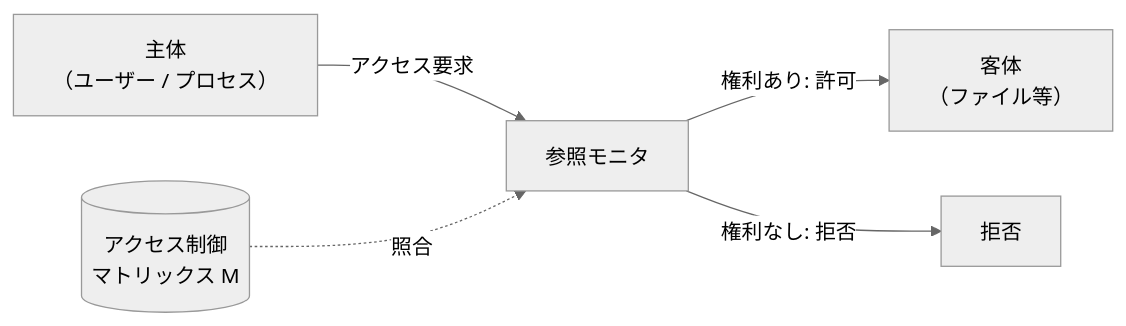
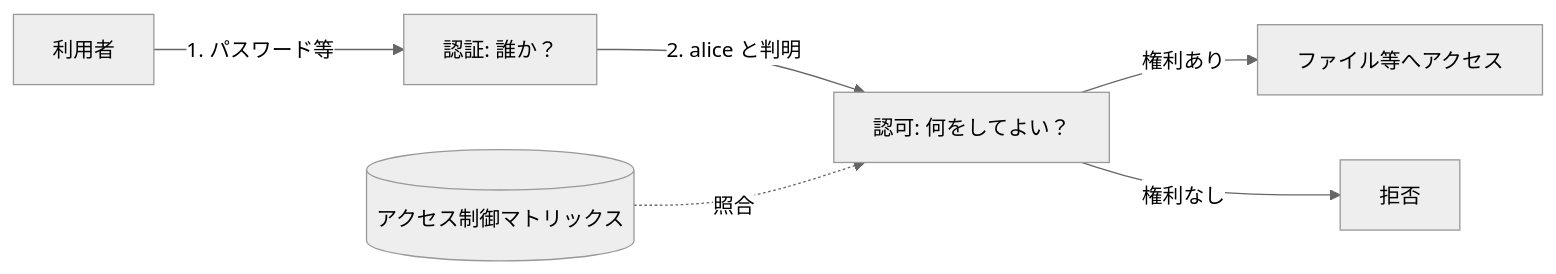
Before and after one commit to SomaTomita/sec-prep: the diagram in topics/06_systems-security/03_authn-authz-access-control.md, drawn with Mermaid (neutral theme). The commit also changed other lines of this file and 7 other files, not shown here.

````diff
--- a/topics/06_systems-security/03_authn-authz-access-control.md
+++ b/topics/06_systems-security/03_authn-authz-access-control.md
@@ -73,7 +25,8 @@
 ```mermaid
 flowchart LR
-    S["主体<br>（ユーザー / プロセス）"] -->|アクセス要求| RM["参照モニタ"]
-    M[("アクセス制御<br>マトリックス M")] -.->|照合| RM
-    RM -->|権利あり: 許可| O["客体<br>（ファイル等）"]
-    RM -->|権利なし: 拒否| X["拒否"]
+    U["利用者"] -->|"1. パスワード等"| AuthN["認証: 誰か？"]
+    AuthN -->|"2. alice と判明"| AuthZ["認可: 何をしてよい？"]
+    M[("アクセス制御マトリックス")] -.->|照合| AuthZ
+    AuthZ -->|権利あり| O["ファイル等へアクセス"]
+    AuthZ -->|権利なし| X["拒否"]
 ```
````
